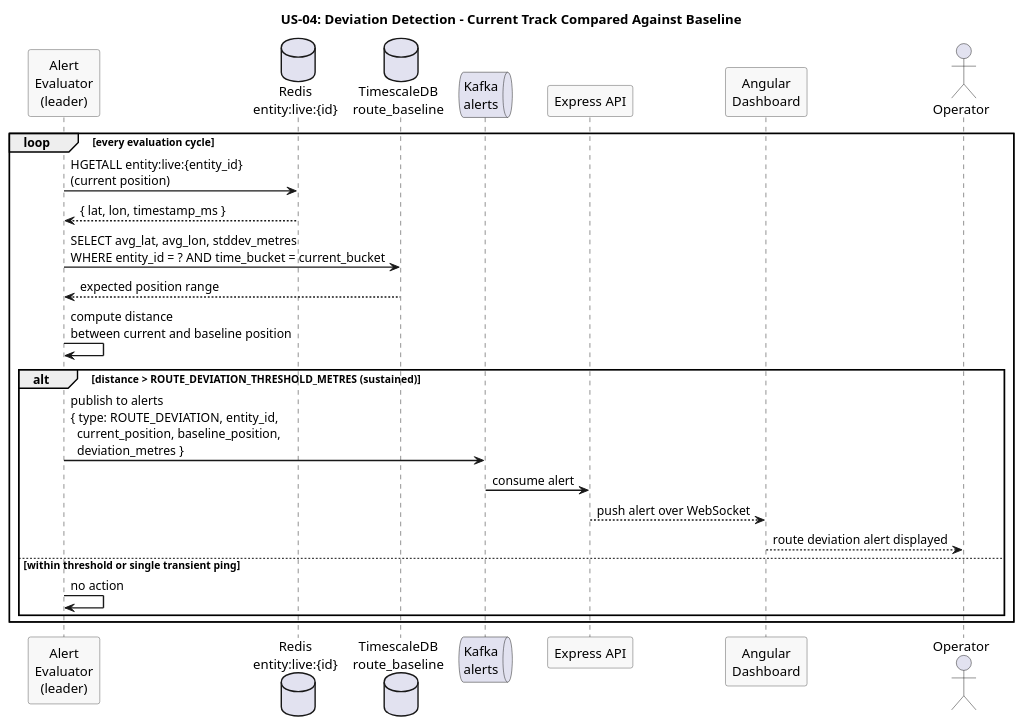
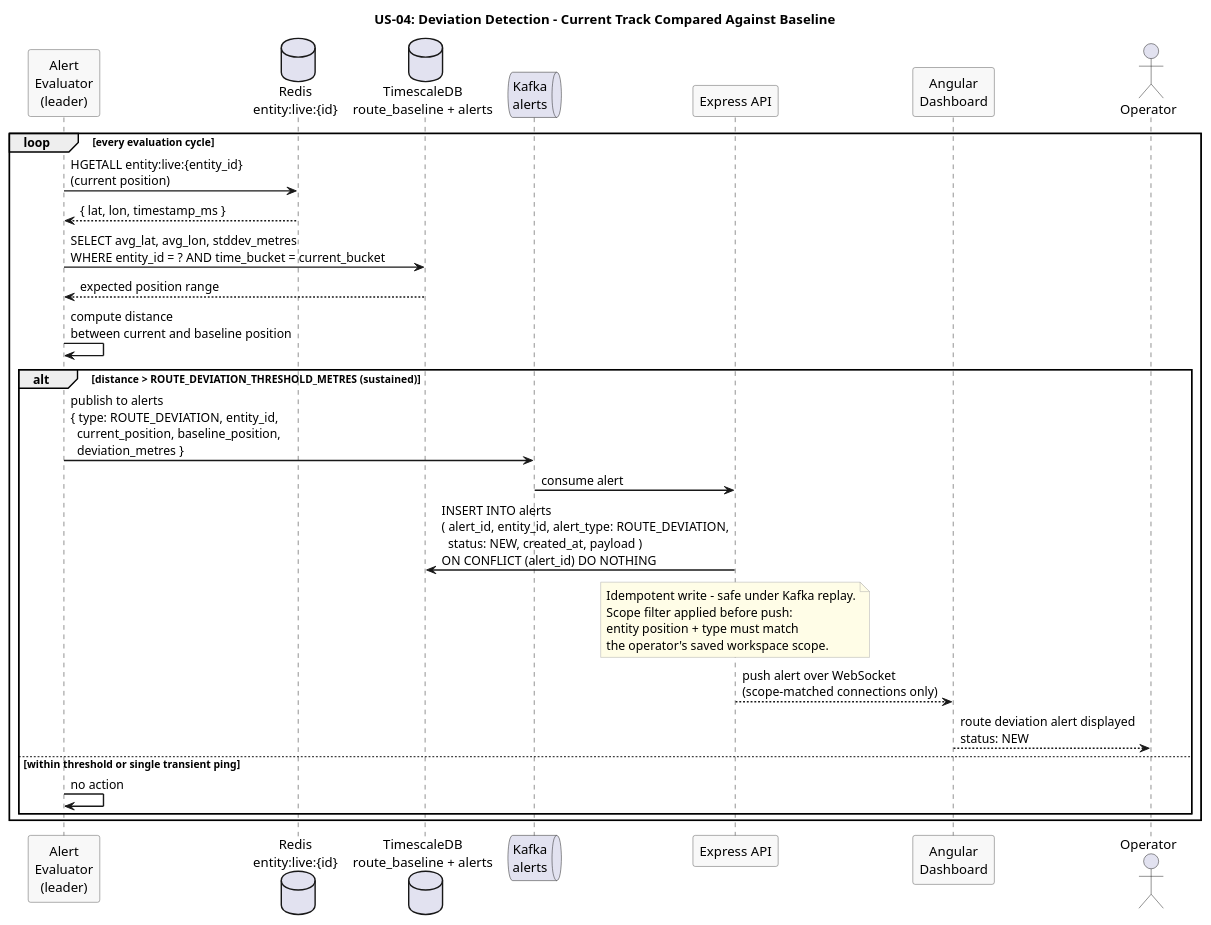
One commit to Buffden/sentinel changed the diagram in docs/use-cases/US-04-route-deviation-alert/deviation-detection.puml. Above: the diagram before and after it, drawn with PlantUML. The commit also changed 13 other files, not shown here.

Commit message:
docs: sync existing use case diagrams with auth, alert table writes, and scope filtering

```diff
--- a/docs/use-cases/US-04-route-deviation-alert/deviation-detection.puml
+++ b/docs/use-cases/US-04-route-deviation-alert/deviation-detection.puml
@@ -1,37 +1,44 @@
 @startuml deviation-detection
 title US-04: Deviation Detection - Current Track Compared Against Baseline
 
 skinparam sequenceArrowThickness 1.5
 skinparam participantBorderColor #555555
 skinparam participantBackgroundColor #F8F8F8
 skinparam noteBorderColor #AAAAAA
 skinparam noteBackgroundColor #FFFDE7
 
 participant "Alert\nEvaluator\n(leader)" as Evaluator
 database "Redis\nentity:live:{id}" as Redis
-database "TimescaleDB\nroute_baseline" as Baseline
+database "TimescaleDB\nroute_baseline + alerts" as Baseline
 queue "Kafka\nalerts" as Kafka
 participant "Express API" as API
 participant "Angular\nDashboard" as Dashboard
 actor Operator
 
 loop every evaluation cycle
   Evaluator -> Redis : HGETALL entity:live:{entity_id}\n(current position)
   Redis --> Evaluator : { lat, lon, timestamp_ms }
 
   Evaluator -> Baseline : SELECT avg_lat, avg_lon, stddev_metres\nWHERE entity_id = ? AND time_bucket = current_bucket
   Baseline --> Evaluator : expected position range
 
   Evaluator -> Evaluator : compute distance\nbetween current and baseline position
 
   alt distance > ROUTE_DEVIATION_THRESHOLD_METRES (sustained)
     Evaluator -> Kafka : publish to alerts\n{ type: ROUTE_DEVIATION, entity_id,\n  current_position, baseline_position,\n  deviation_metres }
     Kafka -> API : consume alert
-    API --> Dashboard : push alert over WebSocket
-    Dashboard --> Operator : route deviation alert displayed
+    API -> Baseline : INSERT INTO alerts\n( alert_id, entity_id, alert_type: ROUTE_DEVIATION,\n  status: NEW, created_at, payload )\nON CONFLICT (alert_id) DO NOTHING
+    note over API
+      Idempotent write - safe under Kafka replay.
+      Scope filter applied before push:
+      entity position + type must match
+      the operator's saved workspace scope.
+    end note
+    API --> Dashboard : push alert over WebSocket\n(scope-matched connections only)
+    Dashboard --> Operator : route deviation alert displayed\nstatus: NEW
   else within threshold or single transient ping
     Evaluator -> Evaluator : no action
   end
 end
 
 @enduml
```
